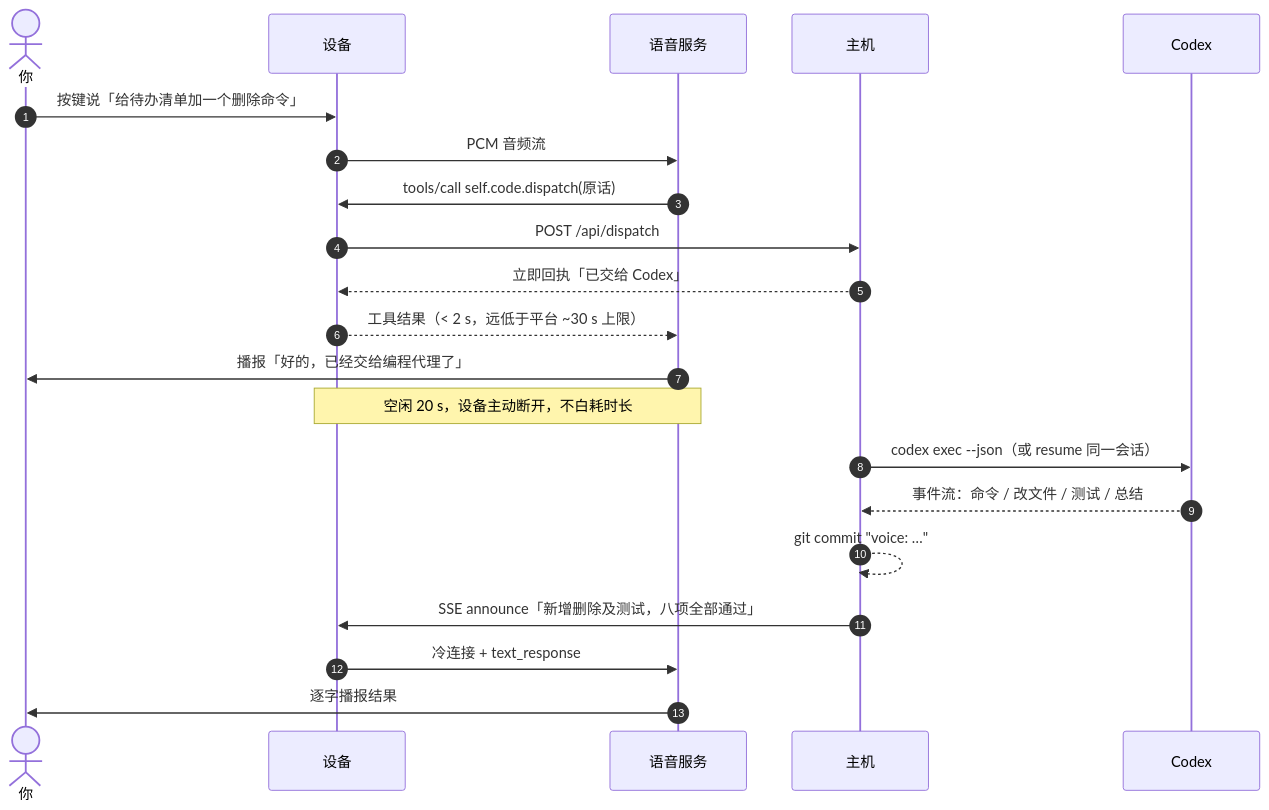
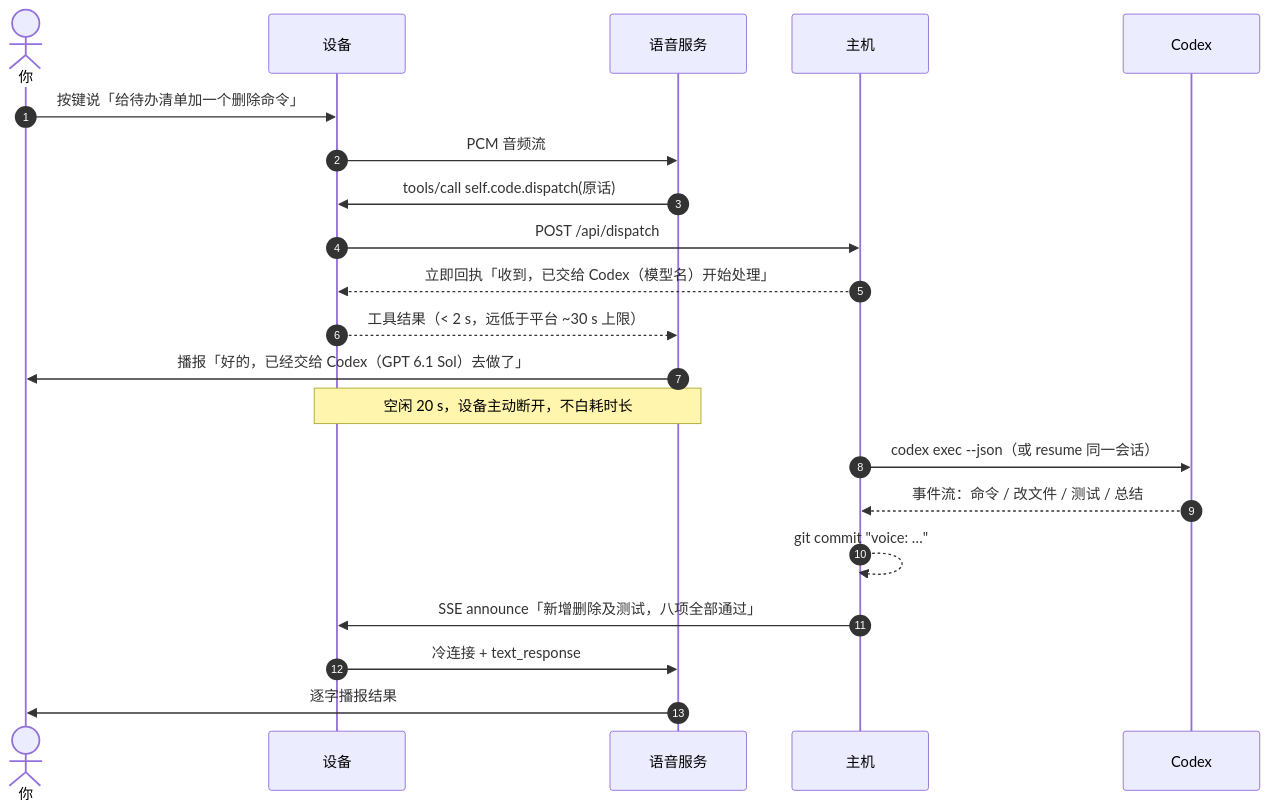
One commit to Qiniu-ERE/Sunflower changed the second of 2 diagrams in README.md. Above: the diagram before and after it, drawn with Mermaid. The commit also changed other lines of this file and 3 other files, not shown here.

````diff
--- a/README.md
+++ b/README.md
@@ -102,24 +102,24 @@
 ```mermaid
 sequenceDiagram
     autonumber
     actor 你
     participant 设备
     participant 灵矽 as 语音服务
     participant 主机
     participant Codex
 
     你->>设备: 按键说「给待办清单加一个删除命令」
     设备->>灵矽: PCM 音频流
     灵矽->>设备: tools/call self.code.dispatch(原话)
     设备->>主机: POST /api/dispatch
-    主机-->>设备: 立即回执「已交给 Codex」
+    主机-->>设备: 立即回执「收到，已交给 Codex（模型名）开始处理」
     设备-->>灵矽: 工具结果（< 2 s，远低于平台 ~30 s 上限）
-    灵矽->>你: 播报「好的，已经交给编程代理了」
+    灵矽->>你: 播报「好的，已经交给 Codex（GPT 6.1 Sol）去做了」
     Note over 设备,灵矽: 空闲 20 s，设备主动断开，不白耗时长
     主机->>Codex: codex exec --json（或 resume 同一会话）
     Codex-->>主机: 事件流：命令 / 改文件 / 测试 / 总结
     主机-->>主机: git commit "voice: …"
     主机->>设备: SSE announce「新增删除及测试，八项全部通过」
     设备->>灵矽: 冷连接 + text_response
     灵矽->>你: 逐字播报结果
 ```
````
